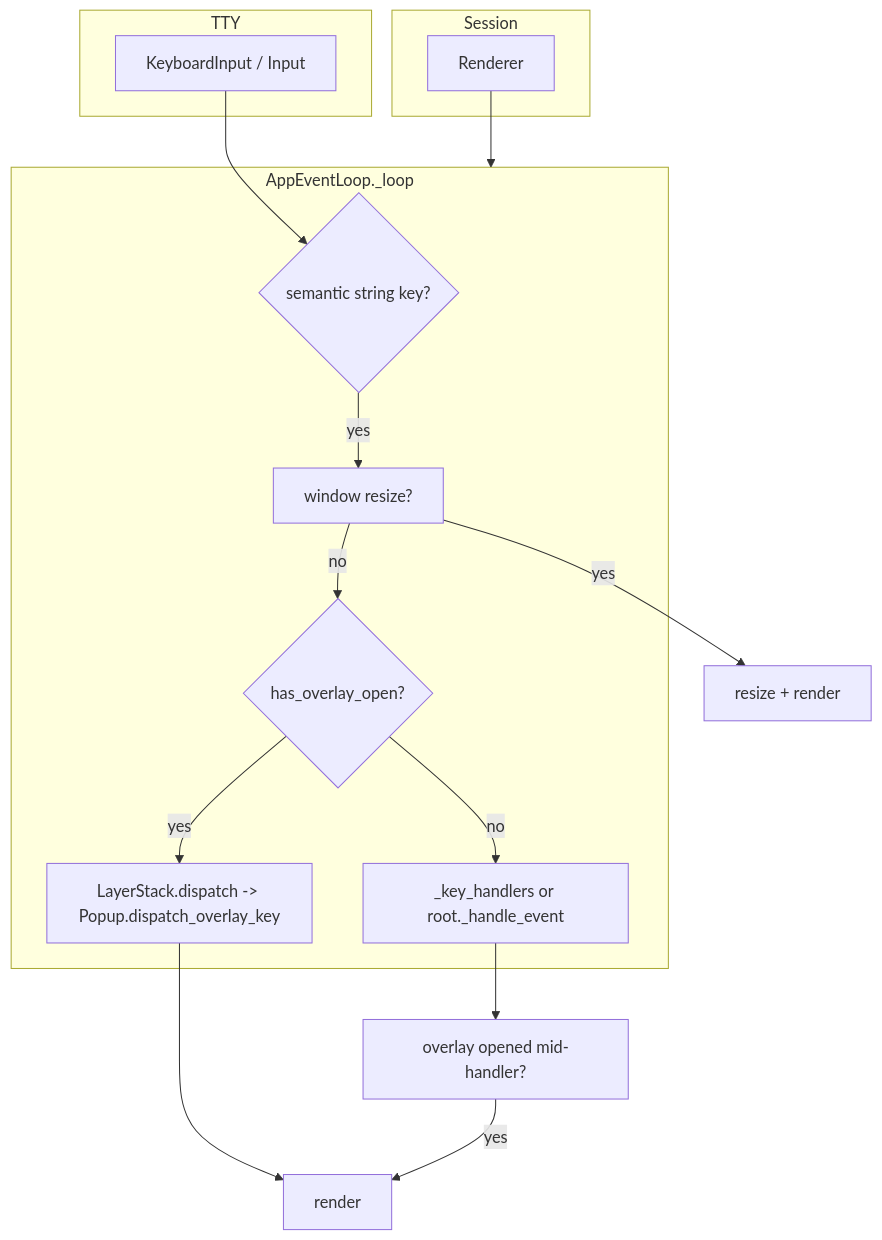
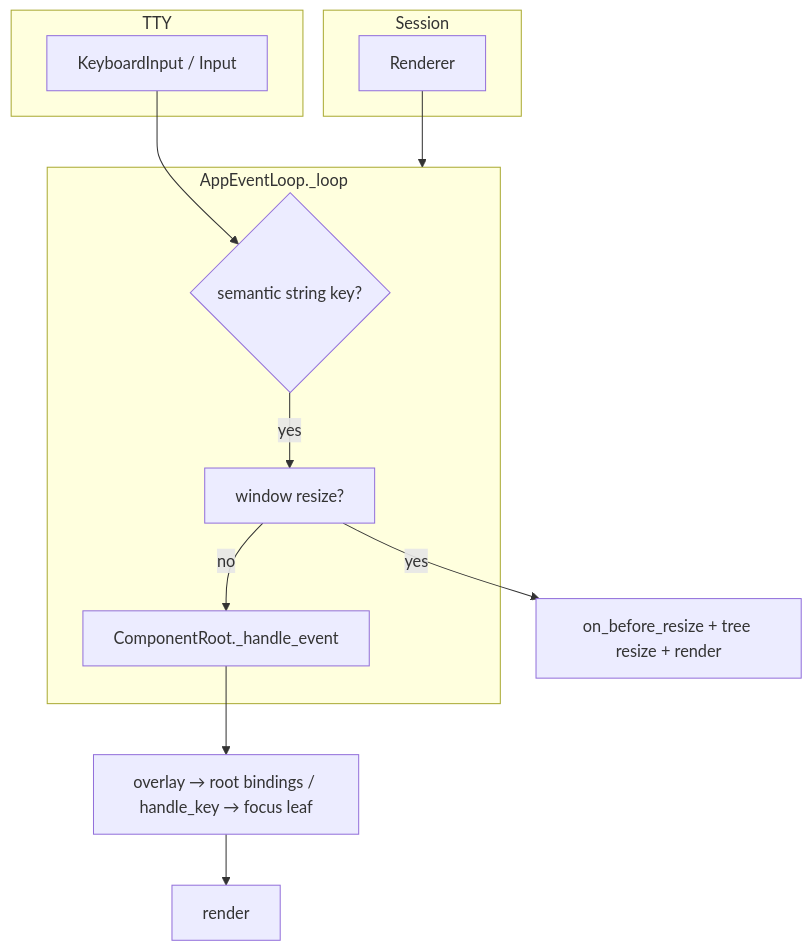
One commit to zlj-zz/pigit changed the first of 4 diagrams in pigit/termui/README.md. Above: the diagram before and after it, drawn with Mermaid. The commit also changed other lines of this file and 8 other files, not shown here.

First line of the commit message:
refactor(termui): make ComponentRoot the single keyboard dispatch root

````diff
--- a/pigit/termui/README.md
+++ b/pigit/termui/README.md
@@ -19,26 +19,21 @@
 ```mermaid
 flowchart TB
     subgraph tty["TTY"]
         KB[KeyboardInput / Input]
     end
     subgraph session["Session"]
         R[Renderer]
     end
     subgraph loop["AppEventLoop._loop"]
         D{semantic string key?}
         RS["window resize?"]
-        OV{has_overlay_open?}
-        OVR[LayerStack.dispatch -> Popup.dispatch_overlay_key]
-        APP[_key_handlers or root._handle_event]
+        ROOT["ComponentRoot._handle_event"]
     end
     KB --> D
     D -->|yes| RS
-    RS -->|yes| resize[resize + render]
-    RS -->|no| OV
-    OV -->|yes| OVR
-    OV -->|no| APP
+    RS -->|yes| resize[on_before_resize + tree resize + render]
+    RS -->|no| ROOT
+    ROOT --> OVR[overlay → root bindings / handle_key → focus leaf]
     OVR --> render1[render]
-    APP --> maybe[overlay opened mid-handler?]
-    maybe -->|yes| render1
     R --> loop
 ```
````
